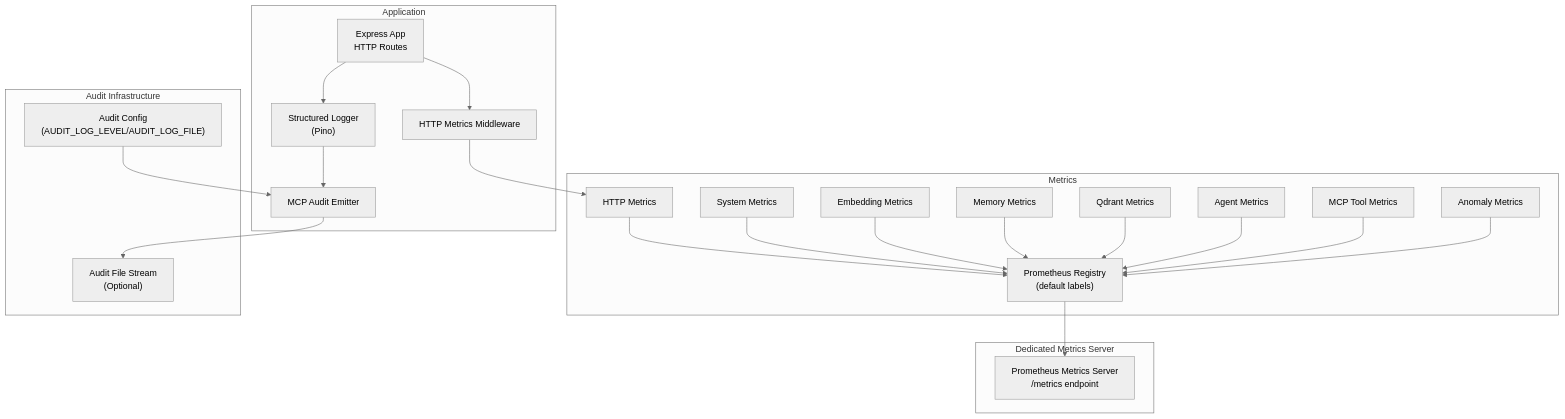
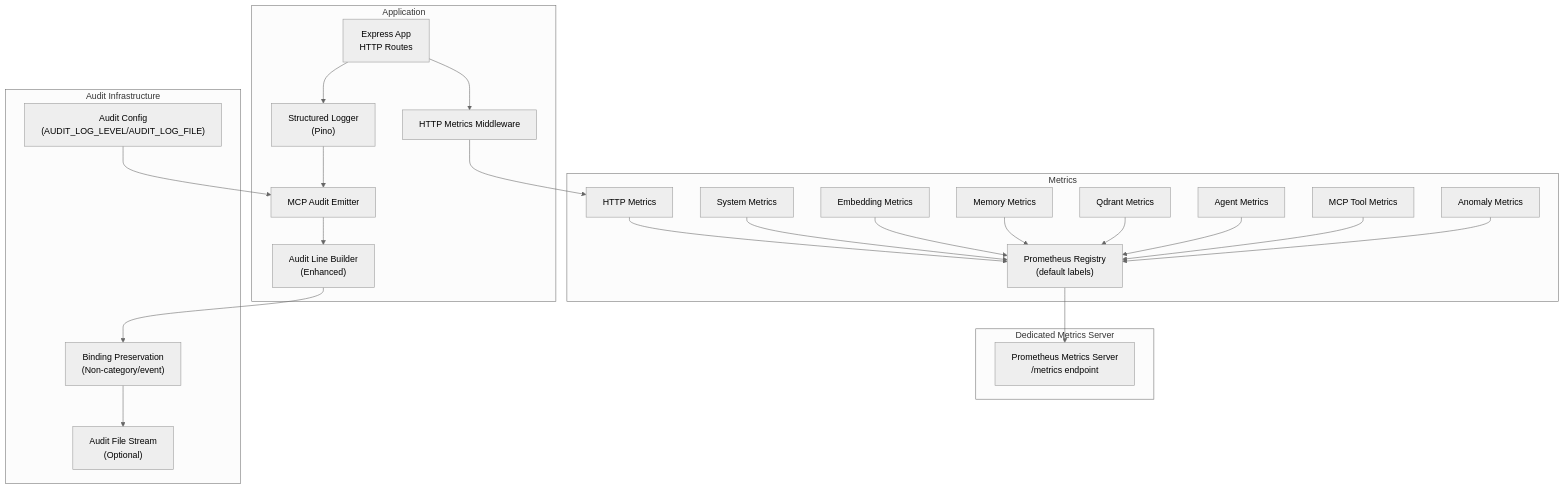
Before and after one commit to debian777/kairos-mcp: the first of 7 diagrams in .qoder/repowiki/en/content/Monitoring & Observability.md, drawn with Mermaid (neutral theme). The commit also changed other lines of this file and 4 other files, not shown here.

````diff
--- a/.qoder/repowiki/en/content/Monitoring & Observability.md
+++ b/.qoder/repowiki/en/content/Monitoring & Observability.md
@@ -60,42 +60,46 @@
 ```mermaid
 graph TB
 subgraph "Application"
 A["Express App<br/>HTTP Routes"]
 M["HTTP Metrics Middleware"]
 S["Structured Logger<br/>(Pino)"]
 AE["MCP Audit Emitter"]
+ALS["Audit Line Builder<br/>(Enhanced)"]
 end
 subgraph "Metrics"
 R["Prometheus Registry<br/>(default labels)"]
 MS["System Metrics"]
 MH["HTTP Metrics"]
 ME["Embedding Metrics"]
 MM["Memory Metrics"]
 MQ["Qdrant Metrics"]
 MA["Agent Metrics"]
 MI["MCP Tool Metrics"]
 AN["Anomaly Metrics"]
 end
 subgraph "Dedicated Metrics Server"
 P["Prometheus Metrics Server<br/>/metrics endpoint"]
 end
 subgraph "Audit Infrastructure"
 AF["Audit File Stream<br/>(Optional)"]
 AC["Audit Config<br/>(AUDIT_LOG_LEVEL/AUDIT_LOG_FILE)"]
+BP["Binding Preservation<br/>(Non-category/event)"]
 end
 A --> M
 M --> MH
 A --> S
 S --> AE
-AE --> AF
+AE --> ALS
+ALS --> BP
+BP --> AF
 AC --> AE
 MH --> R
 MS --> R
 ME --> R
 MM --> R
 MQ --> R
 MA --> R
 MI --> R
 AN --> R
 R --> P
 ```
````
